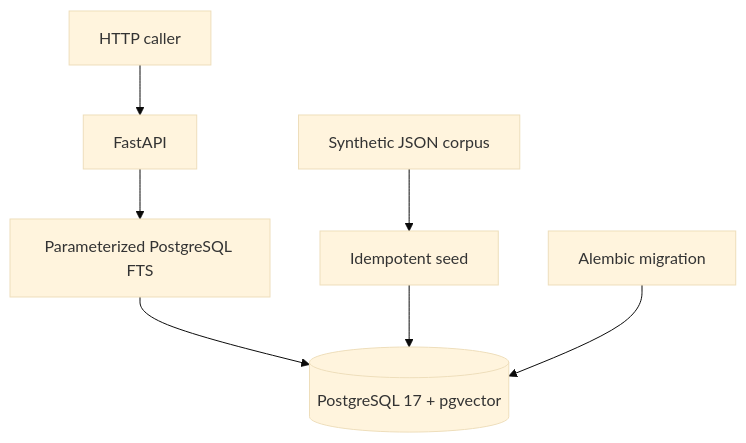
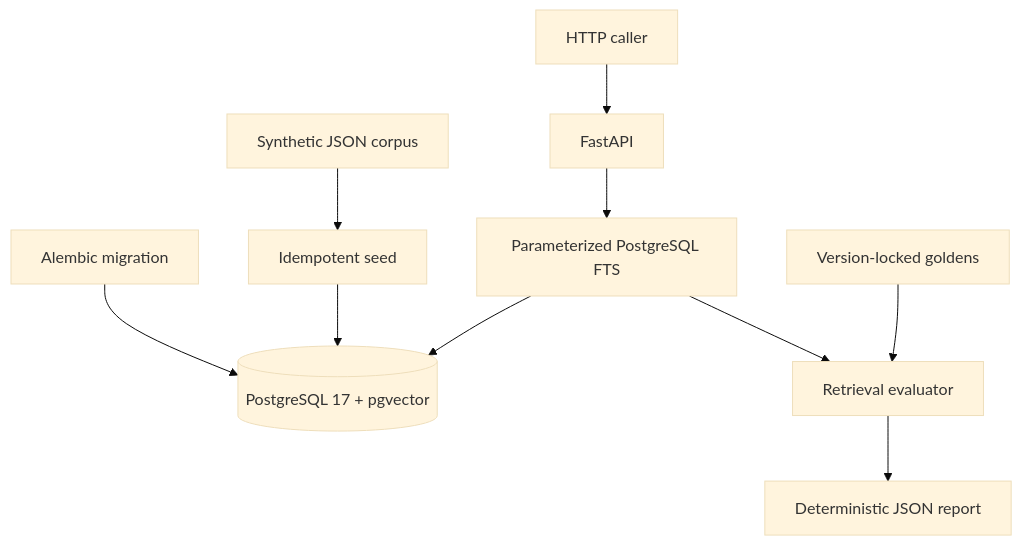
Before and after one commit to franciscovitar/ai-quality-lab: the diagram in docs/ARCHITECTURE.md, drawn with Mermaid (base theme). The commit also changed other lines of this file and 10 other files, not shown here.

Commit message:
feat: add version-locked retrieval goldens and deterministic eval reports

````diff
--- a/docs/ARCHITECTURE.md
+++ b/docs/ARCHITECTURE.md
@@ -7,9 +7,12 @@
 ```mermaid
 flowchart TD
     Caller[HTTP caller] --> API[FastAPI]
     API --> SQL[Parameterized PostgreSQL FTS]
     SQL --> DB[(PostgreSQL 17 + pgvector)]
     Seed[Synthetic JSON corpus] --> Import[Idempotent seed]
     Import --> DB
     Migrate[Alembic migration] --> DB
+    Goldens["Version-locked goldens"] --> Eval["Retrieval evaluator"]
+    SQL --> Eval
+    Eval --> Report["Deterministic JSON report"]
 ```
````
